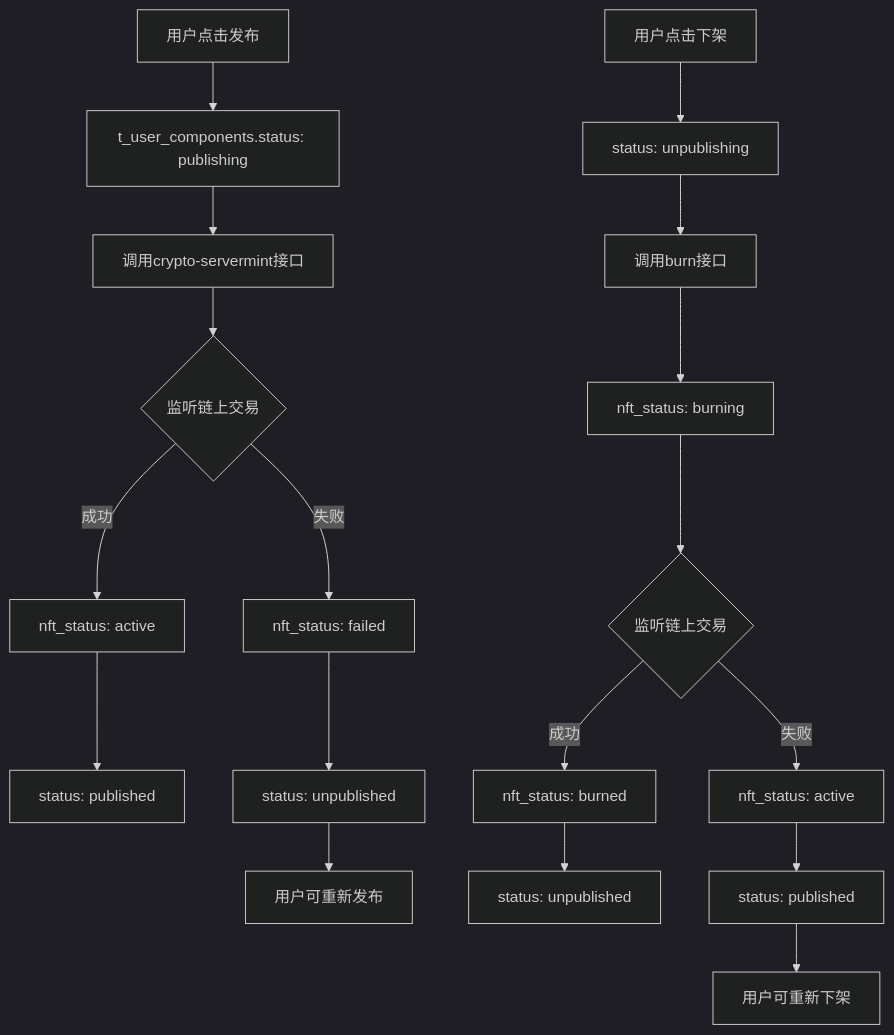
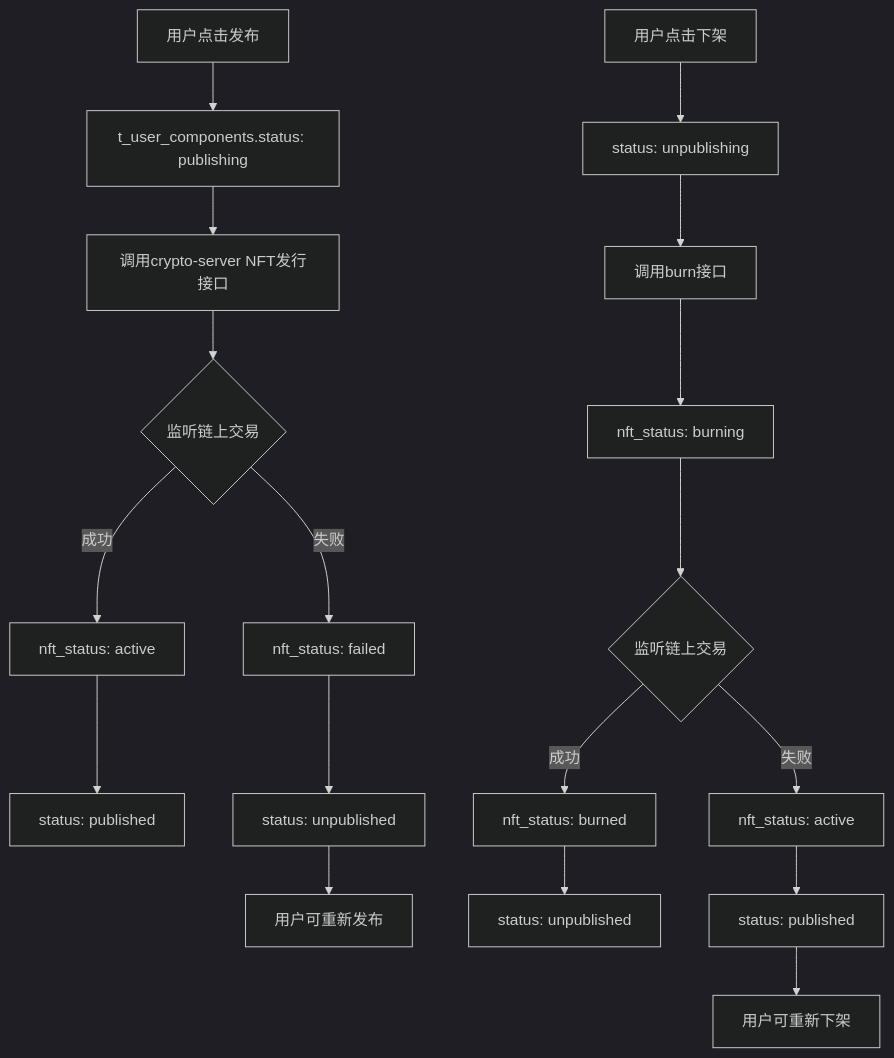
The diagram in all/未命名-74.md (yingjianzh/iodraw-files), drawn with Mermaid (dark theme) before and after one commit.

Commit message:
2025-07-07 15:42:52 update

````diff
--- a/all/未命名-74.md
+++ b/all/未命名-74.md
@@ -1,21 +1,21 @@
 ```mermaid
 graph TD
     A[用户点击发布] --> B[t_user_components.status: publishing]
-    B --> C[调用crypto-servermint接口]
+    B --> C[调用crypto-server NFT发行接口]
     C --> E{监听链上交易}
     E -->|成功| F[nft_status: active]
     F --> G[status: published]
     E -->|失败| H[nft_status: failed]
     H --> I[status: unpublished]
     I --> J[用户可重新发布]
     
     K[用户点击下架] --> L[status: unpublishing]
     L --> M[调用burn接口]
     M --> N[nft_status: burning]
     N --> O{监听链上交易}
     O -->|成功| P[nft_status: burned]
     P --> Q[status: unpublished]
     O -->|失败| R[nft_status: active]
     R --> S[status: published]
     S --> T[用户可重新下架]
 ```
````
